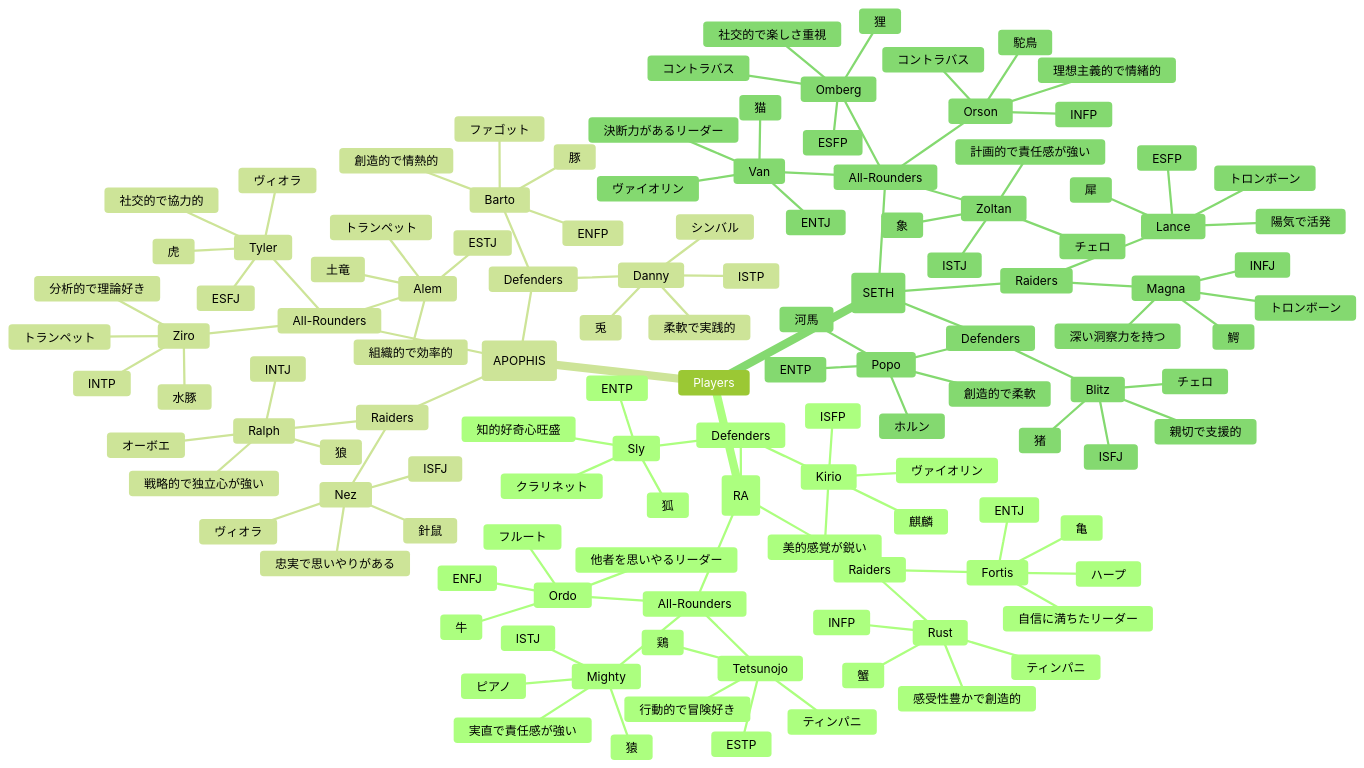
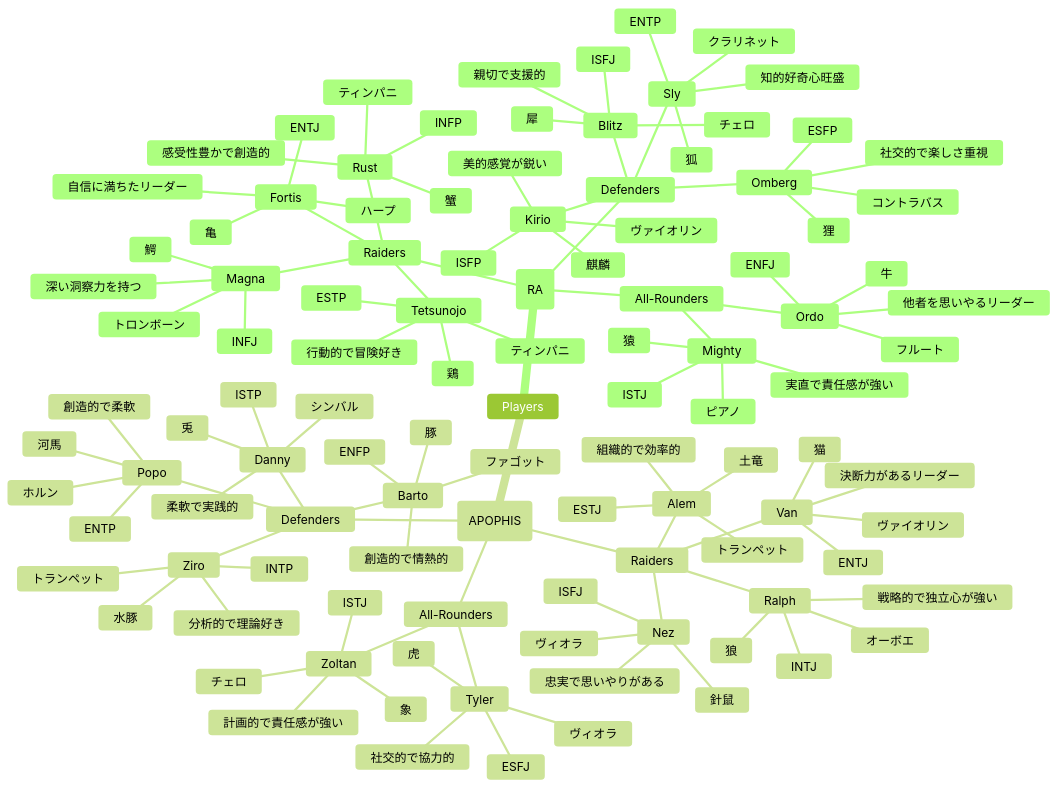
The second of 2 diagrams in README.md (4hoe8pow/Ancient), drawn with Mermaid (forest theme) before and after one commit. The commit also changed other lines of this file, not shown here.

```diff
--- a/README.md
+++ b/README.md
@@ -91,7 +88,16 @@
                     ENTJ
                     自信に満ちたリーダー
                     ハープ
-                    
+                Magna
+                    鰐
+                    INFJ
+                    深い洞察力を持つ
+                    トロンボーン
+                Tetsunojo
+                    鶏
+                    ESTP
+                    行動的で冒険好き
+                    ティンパニ
             Defenders
                 Kirio
                     麒麟
@@ -103,7 +109,16 @@
                     ENTP
                     知的好奇心旺盛
                     クラリネット
-                    
+                Blitz
+                    犀
+                    ISFJ
+                    親切で支援的
+                    チェロ
+                Omberg
+                    狸
+                    ESFP
+                    社交的で楽しさ重視
+                    コントラバス                    
             All-Rounders
                 Mighty
                     猿
@@ -114,13 +129,7 @@
                     牛
                     ENFJ
                     他者を思いやるリーダー
-                    フルート
-                Tetsunojo
-                    鶏
-                    ESTP
-                    行動的で冒険好き
-                    ティンパニ
-                    
+                    フルート                
         a(APOPHIS)
             Raiders
                 Ralph
@@ -128,81 +137,48 @@
                     INTJ
                     戦略的で独立心が強い
                     オーボエ
-                    
                 Nez
                     針鼠
                     ISFJ
                     忠実で思いやりがある
                     ヴィオラ
-                    
+                Van
+                    猫
+                    ENTJ
+                    決断力があるリーダー
+                    ヴァイオリン
+                Alem
+                    土竜
+                    ESTJ
+                    組織的で効率的
+                    トランペット                    
             Defenders
                 Barto
                     豚
                     ENFP
                     創造的で情熱的
                     ファゴット
-                    
                 Danny
                     兎
                     ISTP
                     柔軟で実践的
                     シンバル
-                    
+                Popo
+                    河馬
+                    ENTP
+                    創造的で柔軟
+                    ホルン
+                Ziro
+                    水豚
+                    INTP
+                    分析的で理論好き
+                    トランペット                    
             All-Rounders
                 Tyler
                     虎
                     ESFJ
                     社交的で協力的
                     ヴィオラ
-                Ziro
-                    水豚
-                    INTP
-                    分析的で理論好き
-                    トランペット
-                Alem
-                    土竜
-                    ESTJ
-                    組織的で効率的
-                    トランペット
-        s(SETH)
-            Raiders
-                Magna
-                    鰐
-                    INFJ
-                    深い洞察力を持つ
-                    トロンボーン
-                Lance
-                    犀
-                    ESFP
-                    陽気で活発
-                    トロンボーン
-            Defenders
-                Blitz
-                    猪
-                    ISFJ
-                    親切で支援的
-                    チェロ
-                Popo
-                    河馬
-                    ENTP
-                    創造的で柔軟
-                    ホルン
-            All-Rounders
-                Van
-                    猫
-                    ENTJ
-                    決断力があるリーダー
-                    ヴァイオリン
-                Orson
-                    駝鳥
-                    INFP
-                    理想主義的で情緒的
-                    コントラバス
-                Omberg
-                    狸
-                    ESFP
-                    社交的で楽しさ重視
-                    コントラバス
                 Zoltan
                     象
                     ISTJ
```
